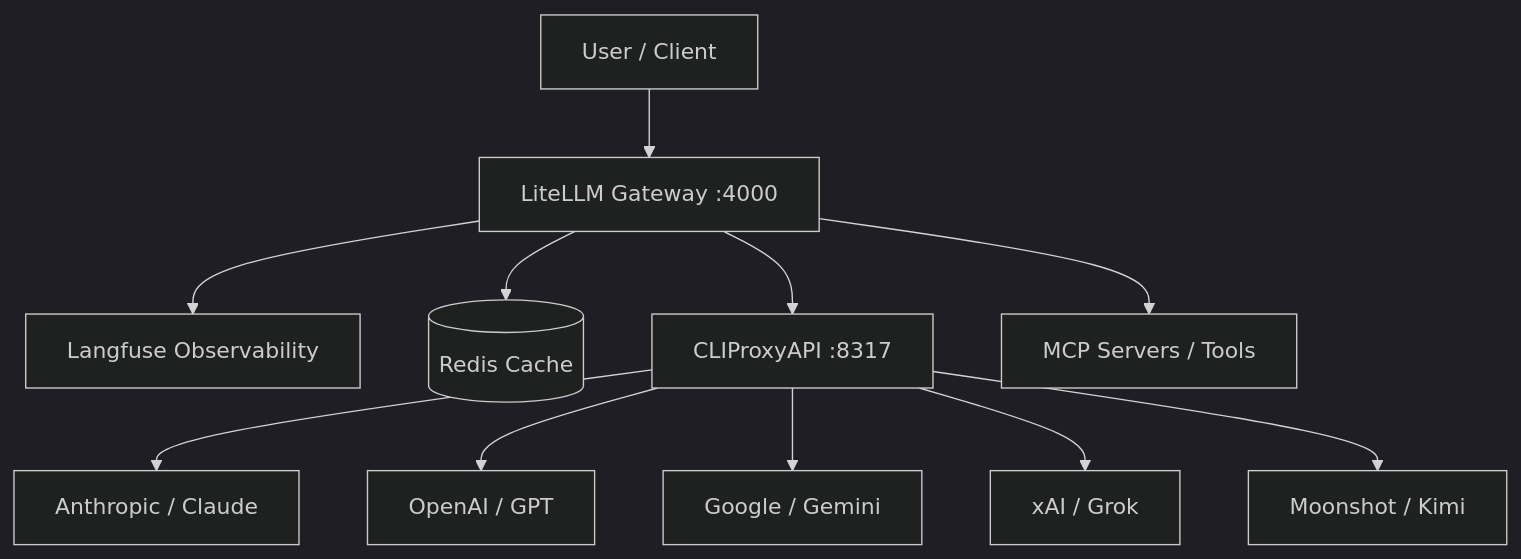
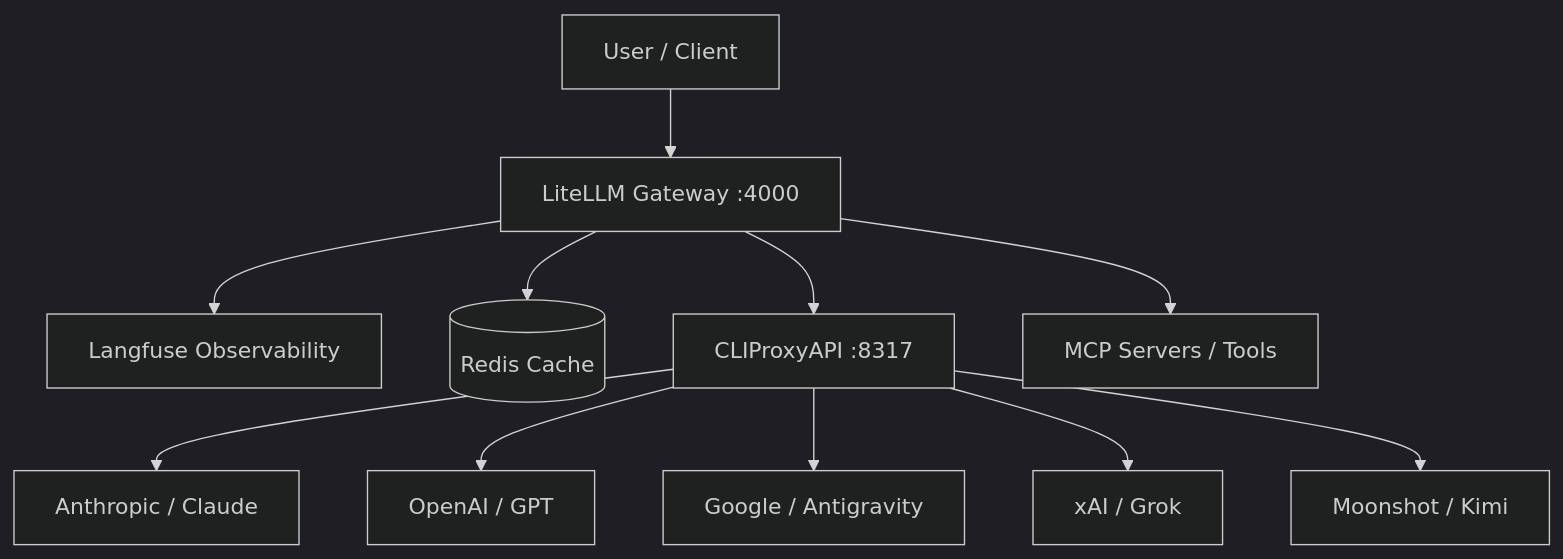
One commit to echoares-lab/ai-gateway changed the diagram in README.md. Above: the diagram before and after it, drawn with Mermaid (dark theme). The commit also changed other lines of this file and 6 other files, not shown here.

````diff
--- a/README.md
+++ b/README.md
@@ -46,13 +73,13 @@
 ```mermaid
 graph TD
     User[User / Client] --> LiteLLM[LiteLLM Gateway :4000]
     LiteLLM --> Langfuse[Langfuse Observability]
     LiteLLM --> Cache[(Redis Cache)]
     LiteLLM --> CLIProxy[CLIProxyAPI :8317]
     CLIProxy --> Anthropic[Anthropic / Claude]
     CLIProxy --> OpenAI[OpenAI / GPT]
-    CLIProxy --> Google[Google / Gemini]
+    CLIProxy --> Google[Google / Antigravity]
     CLIProxy --> xAI[xAI / Grok]
     CLIProxy --> Kimi[Moonshot / Kimi]
     LiteLLM --> MCP[MCP Servers / Tools]
 ```
````
